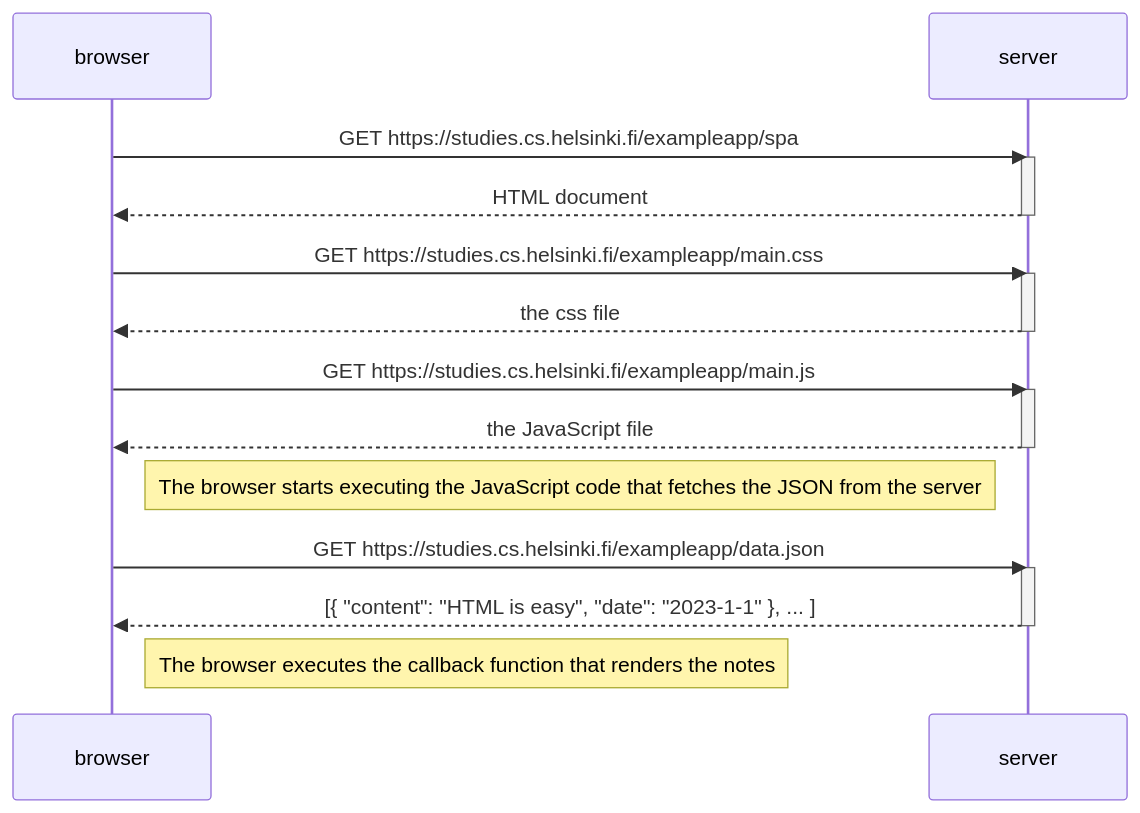
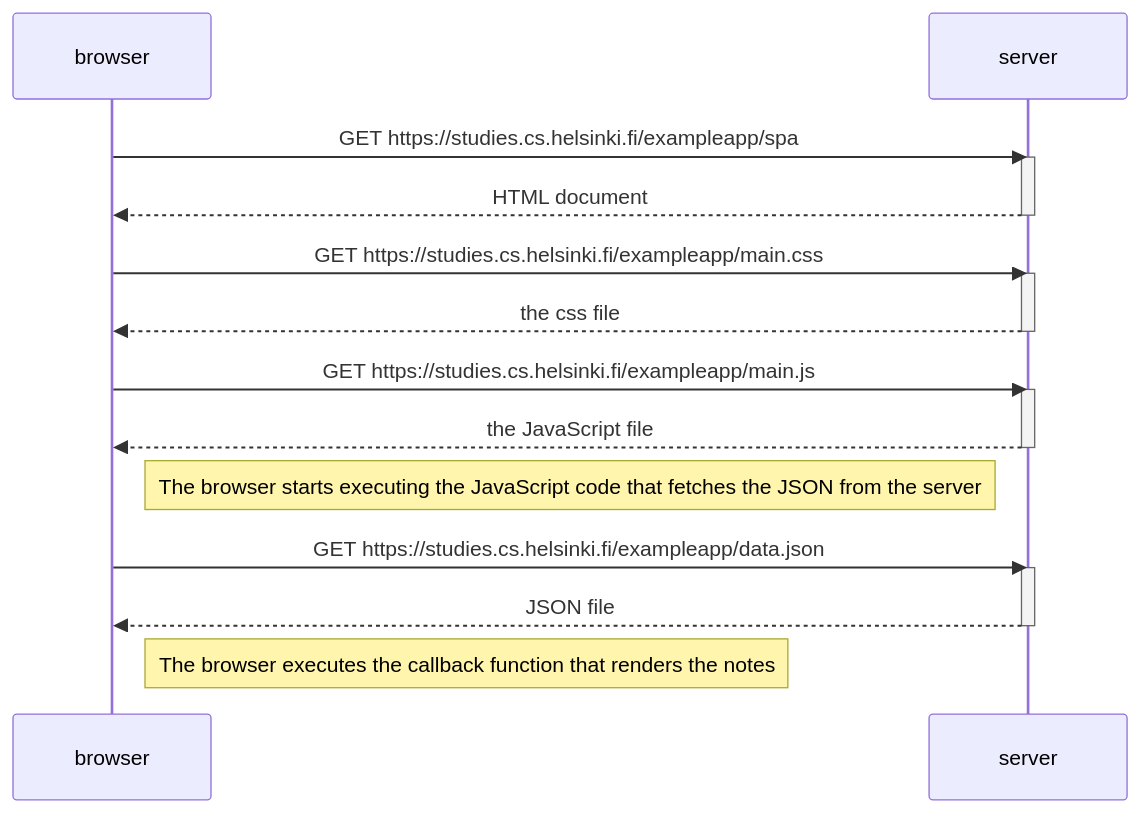
The diagram in part0/0.5.md (scottoli/fullstack), drawn with Mermaid before and after one commit.

````diff
--- a/part0/0.5.md
+++ b/part0/0.5.md
@@ -1,29 +1,29 @@
 ```mermaid
 sequenceDiagram
     participant browser
     participant server
 
     browser->>server: GET https://studies.cs.helsinki.fi/exampleapp/spa
     activate server
     server-->>browser: HTML document
     deactivate server
 
     browser->>server: GET https://studies.cs.helsinki.fi/exampleapp/main.css
     activate server
     server-->>browser: the css file
     deactivate server
 
     browser->>server: GET https://studies.cs.helsinki.fi/exampleapp/main.js
     activate server
     server-->>browser: the JavaScript file
     deactivate server
 
     Note right of browser: The browser starts executing the JavaScript code that fetches the JSON from the server
 
     browser->>server: GET https://studies.cs.helsinki.fi/exampleapp/data.json
     activate server
-    server-->>browser: [{ "content": "HTML is easy", "date": "2023-1-1" }, ... ]
+    server-->>browser: JSON file
     deactivate server
 
     Note right of browser: The browser executes the callback function that renders the notes
 ```
````
